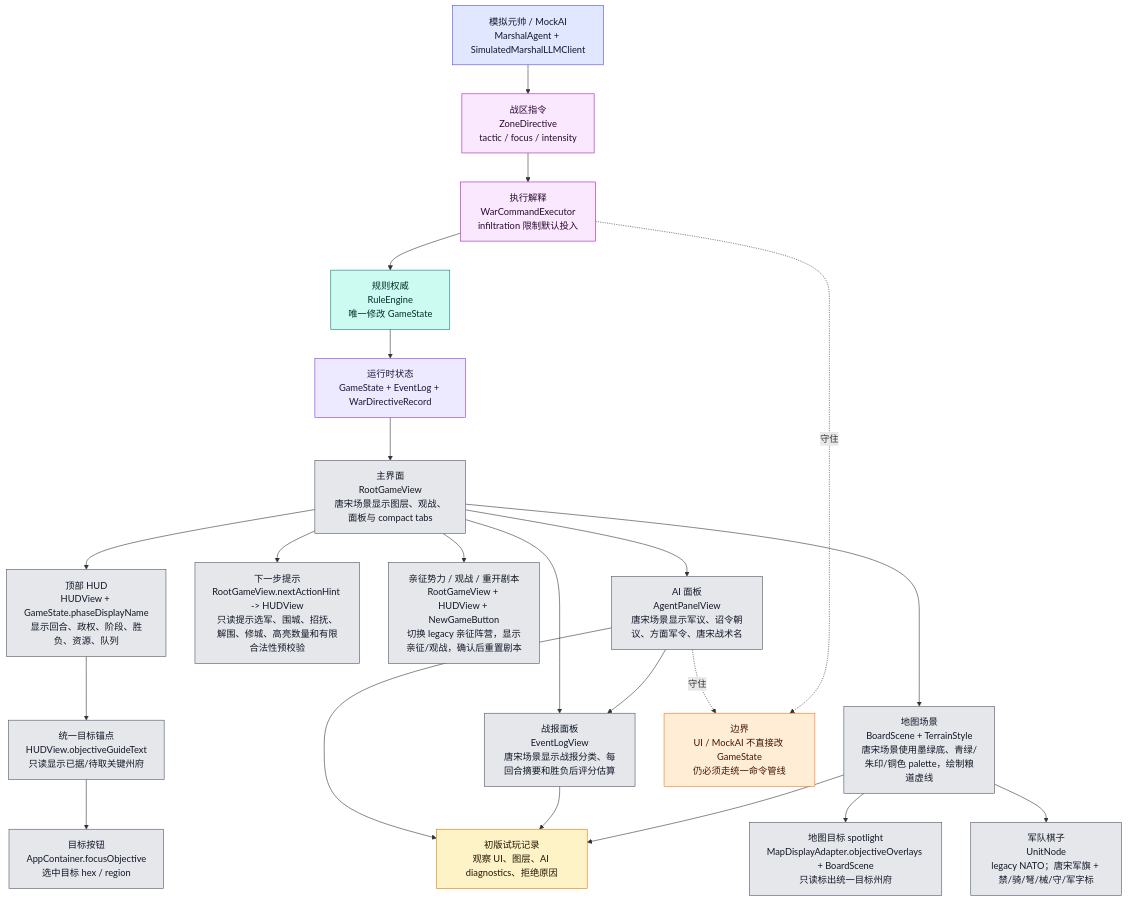
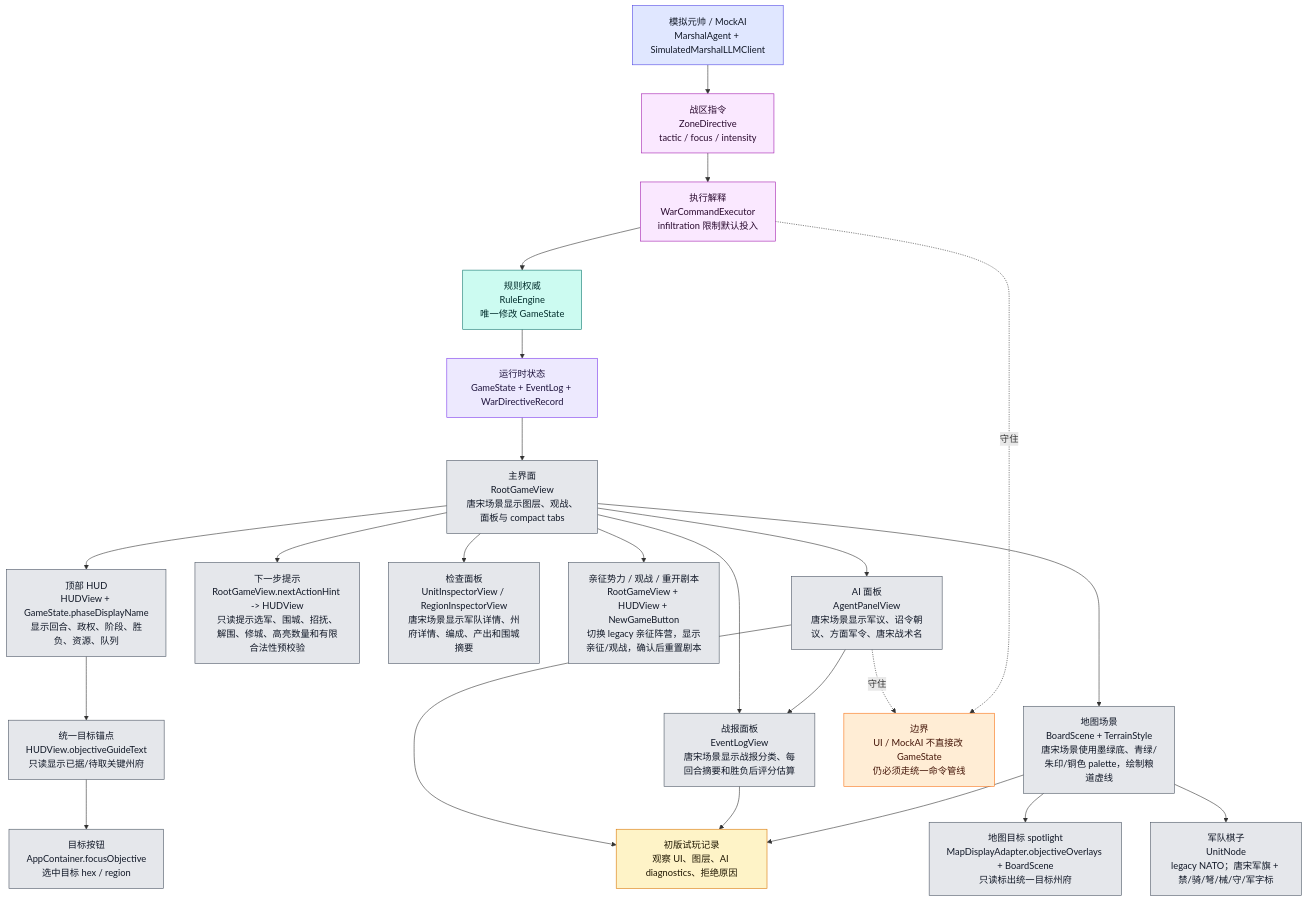
Before and after one commit to Altman-sam114/125: the tenth of 12 diagrams in md/flow/flowchart.md, drawn with Mermaid. The commit also changed other lines of this file and 10 other files, not shown here.

````diff
--- a/md/flow/flowchart.md
+++ b/md/flow/flowchart.md
@@ -551,48 +554,50 @@
 ```mermaid
 flowchart TD
     STATE["运行时状态<br/>GameState + EventLog + WarDirectiveRecord"]:::state
     ROOT["主界面<br/>RootGameView<br/>唐宋场景显示图层、观战、面板与 compact tabs"]:::ui
     HUD["顶部 HUD<br/>HUDView + GameState.phaseDisplayName<br/>显示回合、政权、阶段、胜负、资源、队列"]:::ui
     GOAL["统一目标锚点<br/>HUDView.objectiveGuideText<br/>只读显示已据/待取关键州府"]:::ui
     FOCUS["目标按钮<br/>AppContainer.focusObjective<br/>选中目标 hex / region"]:::ui
     SPOTLIGHT["地图目标 spotlight<br/>MapDisplayAdapter.objectiveOverlays + BoardScene<br/>只读标出统一目标州府"]:::ui
     HINT["下一步提示<br/>RootGameView.nextActionHint -> HUDView<br/>只读提示选军、围城、招抚、解围、修城、高亮数量和有限合法性预校验"]:::ui
+    INSPECT["检查面板<br/>UnitInspectorView / RegionInspectorView<br/>唐宋场景显示军队详情、州府详情、编成、产出和围城摘要"]:::ui
     SESSIONHUD["亲征势力 / 观战 / 重开剧本<br/>RootGameView + HUDView + NewGameButton<br/>切换 legacy 亲征阵营，显示亲征/观战，确认后重置剧本"]:::ui
     LOG["战报面板<br/>EventLogView<br/>唐宋场景显示战报分类、每回合摘要和胜负后评分估算"]:::ui
     AIUI["AI 面板<br/>AgentPanelView<br/>唐宋场景显示军议、诏令朝议、方面军令、唐宋战术名"]:::ui
     BOARD["地图场景<br/>BoardScene + TerrainStyle<br/>唐宋场景使用墨绿底、青绿/朱印/铜色 palette，绘制粮道虚线"]:::ui
     UNIT["军队棋子<br/>UnitNode<br/>legacy NATO；唐宋军旗 + 禁/骑/弩/械/守/军字标"]:::ui
     MARSHAL["模拟元帅 / MockAI<br/>MarshalAgent + SimulatedMarshalLLMClient"]:::ai
     ZD["战区指令<br/>ZoneDirective<br/>tactic / focus / intensity"]:::command
     WCE["执行解释<br/>WarCommandExecutor<br/>infiltration 限制默认投入"]:::command
     RULE["规则权威<br/>RuleEngine<br/>唯一修改 GameState"]:::rules
     PLAYTEST["初版试玩记录<br/>观察 UI、图层、AI diagnostics、拒绝原因"]:::doc
 
     STATE --> ROOT
     ROOT --> HUD
     HUD --> GOAL --> FOCUS
     BOARD --> SPOTLIGHT
     ROOT --> HINT
+    ROOT --> INSPECT
     ROOT --> SESSIONHUD
     ROOT --> LOG
     ROOT --> AIUI
     AIUI --> LOG
     ROOT --> BOARD
     BOARD --> UNIT
     MARSHAL --> ZD --> WCE --> RULE --> STATE
     AIUI --> PLAYTEST
     LOG --> PLAYTEST
     BOARD --> PLAYTEST
 
     WARN["边界<br/>UI / MockAI 不直接改 GameState<br/>仍必须走统一命令管线"]:::warn
     AIUI -.守住.-> WARN
     WCE -.守住.-> WARN
 
     classDef state fill:#ede9fe,stroke:#7c3aed,color:#1f143d
     classDef ui fill:#e5e7eb,stroke:#4b5563,color:#111827
     classDef ai fill:#e0e7ff,stroke:#4f46e5,color:#111827
     classDef command fill:#fae8ff,stroke:#a21caf,color:#2a0a2f
     classDef rules fill:#ccfbf1,stroke:#0f766e,color:#042f2e
     classDef doc fill:#fef3c7,stroke:#d97706,color:#1f1600
     classDef warn fill:#ffedd5,stroke:#f97316,color:#431407
 ```
````
